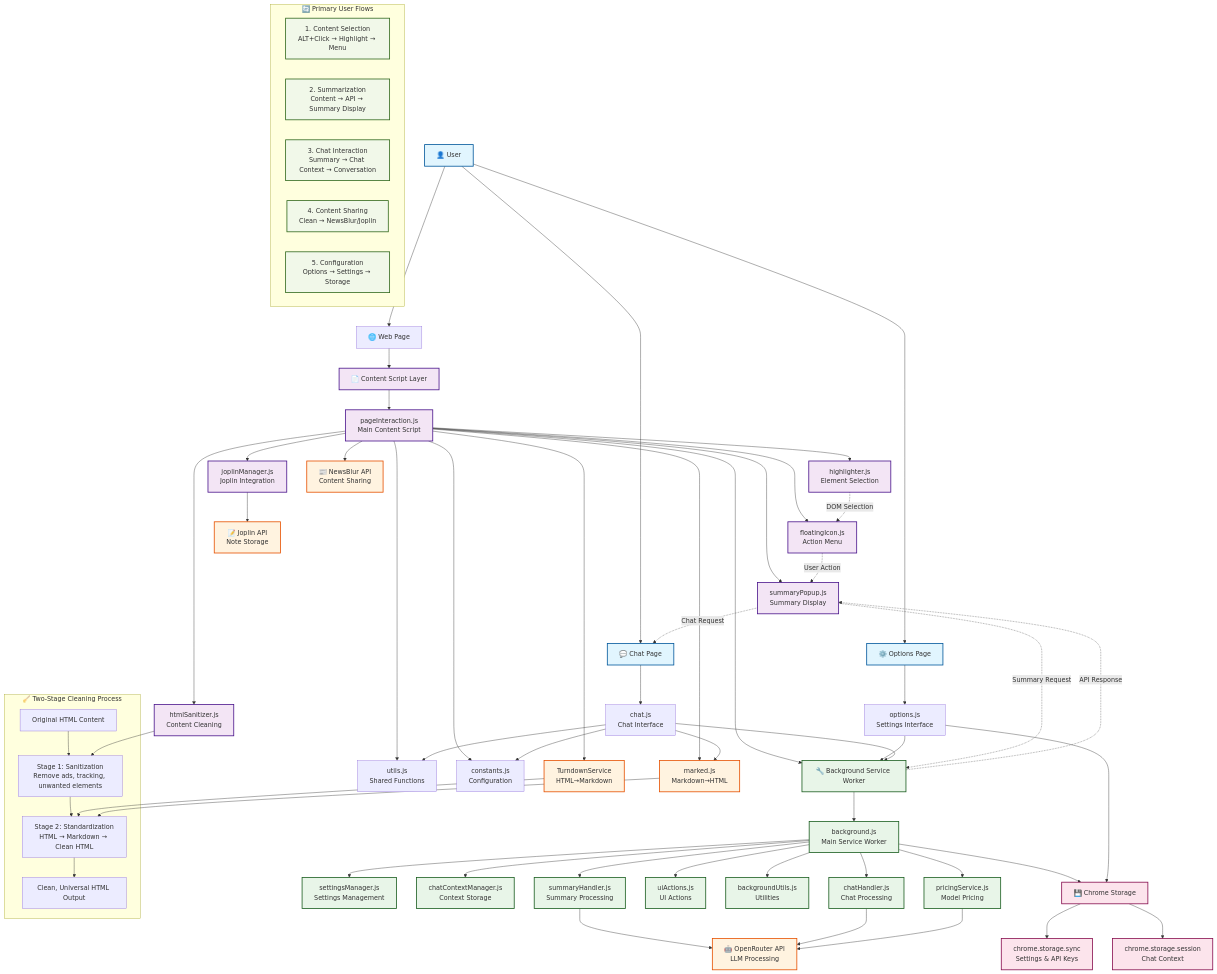
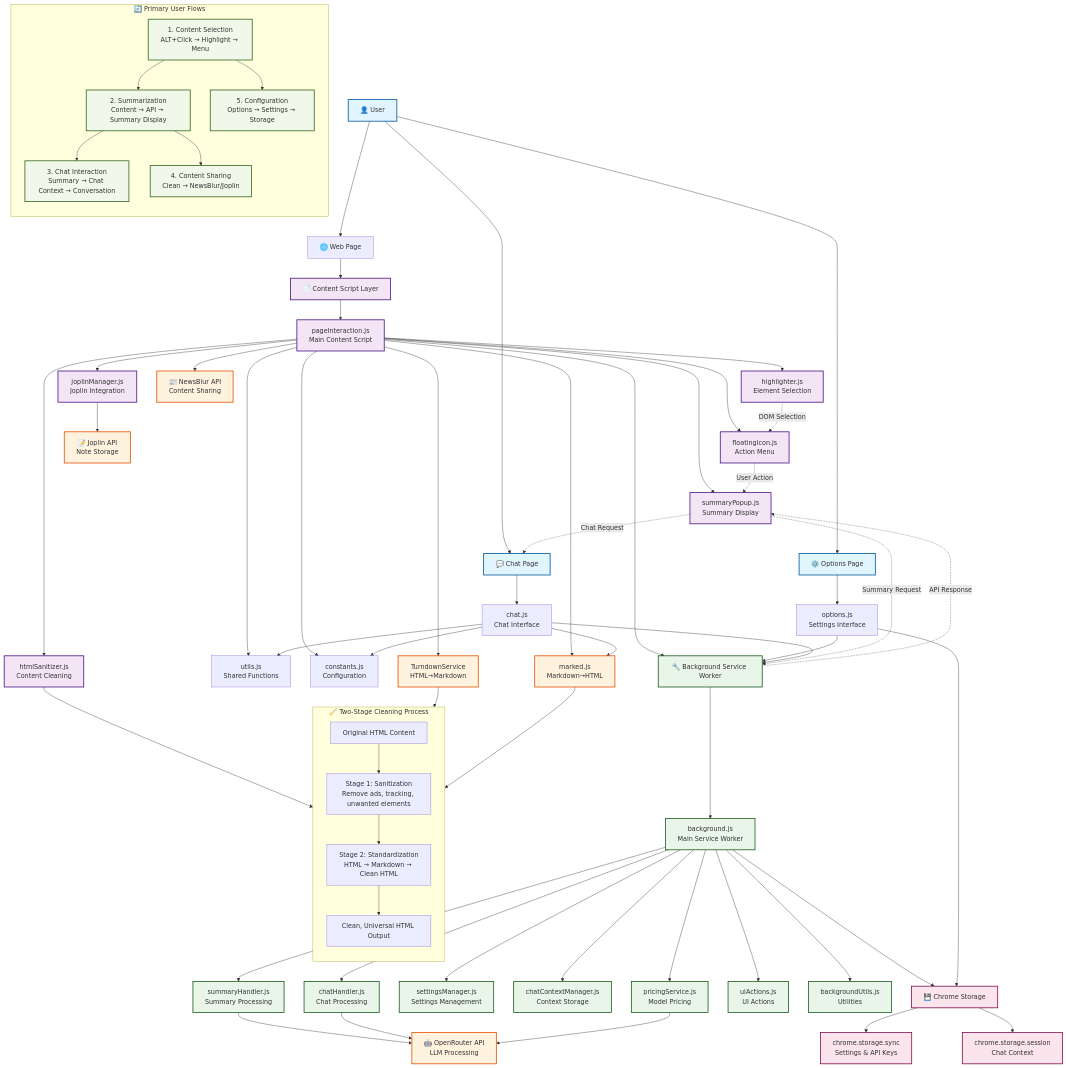
One commit to bogorad/openrouter-summarizer changed the diagram in README.md. Above: the diagram before and after it, drawn with Mermaid.

Commit message:
claude v2

```diff
--- a/README.md
+++ b/README.md
@@ -125,11 +125,17 @@
 
     %% User Flows
     subgraph UserFlows["🔄 Primary User Flows"]
+        direction TB
         Flow1["1. Content Selection<br/>ALT+Click → Highlight → Menu"]
         Flow2["2. Summarization<br/>Content → API → Summary Display"]
         Flow3["3. Chat Interaction<br/>Summary → Chat Context → Conversation"]
         Flow4["4. Content Sharing<br/>Clean → NewsBlur/Joplin"]
         Flow5["5. Configuration<br/>Options → Settings → Storage"]
+
+        Flow1 --> Flow2
+        Flow2 --> Flow3
+        Flow2 --> Flow4
+        Flow1 --> Flow5
     end
 
     %% Data Flow Indicators
@@ -141,6 +147,7 @@
 
     %% Two-Stage Cleaning Process
     subgraph CleaningProcess["🧹 Two-Stage Cleaning Process"]
+        direction TB
         OriginalHTML[Original HTML Content]
         Stage1["Stage 1: Sanitization<br/>Remove ads, tracking, unwanted elements"]
         Stage2["Stage 2: Standardization<br/>HTML → Markdown → Clean HTML"]
```
